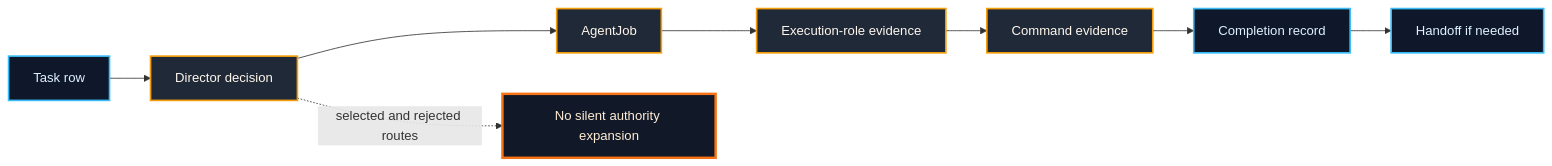
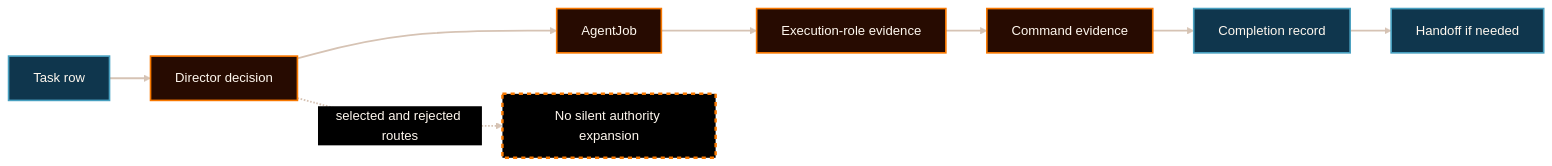
One commit to AngryOwlAI/The-AEther-Flow-Website changed the diagram in docs/content-dossiers/operations-director-agentjob-lifecycle/diagrams/director-agentjob-record-chain.mmd. Above: the diagram before and after it, drawn with Mermaid. The commit also changed 60 other files, not shown here.

```diff
--- a/docs/content-dossiers/operations-director-agentjob-lifecycle/diagrams/director-agentjob-record-chain.mmd
+++ b/docs/content-dossiers/operations-director-agentjob-lifecycle/diagrams/director-agentjob-record-chain.mmd
@@ -1,15 +1,42 @@
+---
+config:
+  theme: base
+  themeVariables:
+    darkMode: true
+    background: "#000000"
+    primaryColor: "#050403"
+    primaryTextColor: "#fff8ef"
+    primaryBorderColor: "#d6c3b4"
+    lineColor: "#d6c3b4"
+    fontFamily: "Inter, ui-sans-serif, system-ui, -apple-system, BlinkMacSystemFont, Segoe UI, sans-serif"
+    fontSize: "16px"
+    clusterBkg: "#080401"
+    clusterBorder: "#d6c3b4"
+    edgeLabelBackground: "#000000"
+---
+
 flowchart LR
   task["Task row"] --> decision["Director decision"]
   decision --> job["AgentJob"]
   job --> execution["Execution-role evidence"]
   execution --> validation["Command evidence"]
   validation --> completion["Completion record"]
   completion --> handoff["Handoff if needed"]
   decision -. "selected and rejected routes" .-> boundary["No silent authority expansion"]
 
-  classDef source fill:#0f172a,stroke:#38bdf8,color:#e0f2fe,stroke-width:2px;
-  classDef control fill:#1f2937,stroke:#f59e0b,color:#fff7ed,stroke-width:2px;
-  classDef boundary fill:#111827,stroke:#f97316,color:#ffedd5,stroke-width:3px;
-  class task,completion,handoff source;
-  class decision,job,execution,validation control;
+  classDef default fill:#050403,stroke:#d6c3b4,color:#fff8ef,stroke-width:1.5px;
+  classDef source fill:#0f364d,stroke:#48a0c0,color:#fff8ef,stroke-width:2px;
+  classDef control fill:#270b01,stroke:#f87800,color:#fff8ef,stroke-width:2px;
+  classDef bridge fill:#164964,stroke:#f4d6a1,color:#fff8ef,stroke-width:2px;
+  classDef decision fill:#702000,stroke:#f87800,color:#fff8ef,stroke-width:2.25px;
+  classDef target fill:#2d7ea0,stroke:#f4d6a1,color:#ffffff,stroke-width:2px;
+  classDef success fill:#164964,stroke:#48a0c0,color:#fff8ef,stroke-width:2px;
+  classDef risk fill:#702000,stroke:#f87800,color:#fff8ef,stroke-width:2px,stroke-dasharray: 5 5;
+  classDef boundary fill:#000000,stroke:#f87800,color:#fff8ef,stroke-width:3px,stroke-dasharray: 5 5;
+  classDef external fill:#080401,stroke:#f4d6a1,color:#fff8ef,stroke-width:2px;
+
   class boundary boundary;
+  class decision,execution,job,validation control;
+  class completion,handoff,task source;
+
+  linkStyle default stroke:#d6c3b4,stroke-width:2.25px;
```
